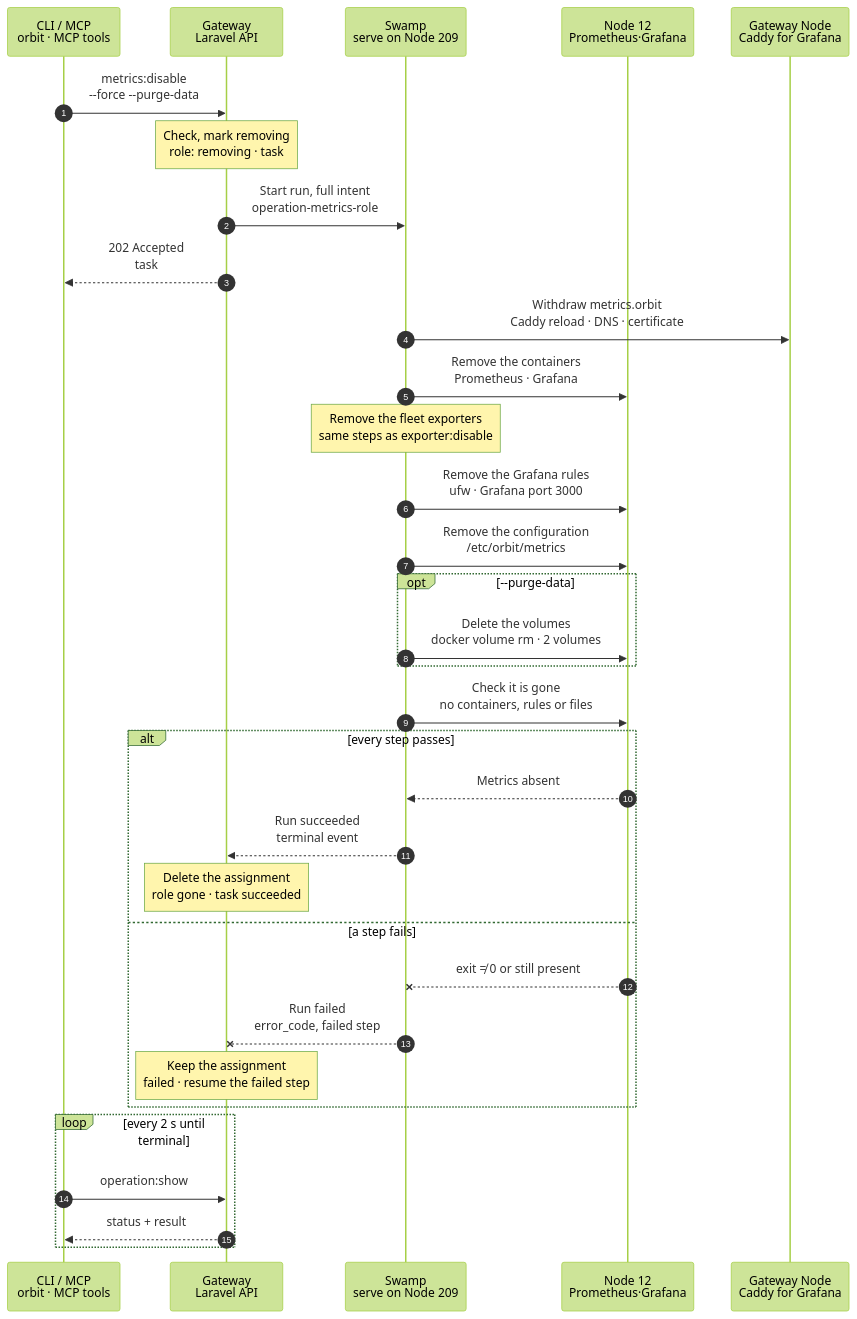
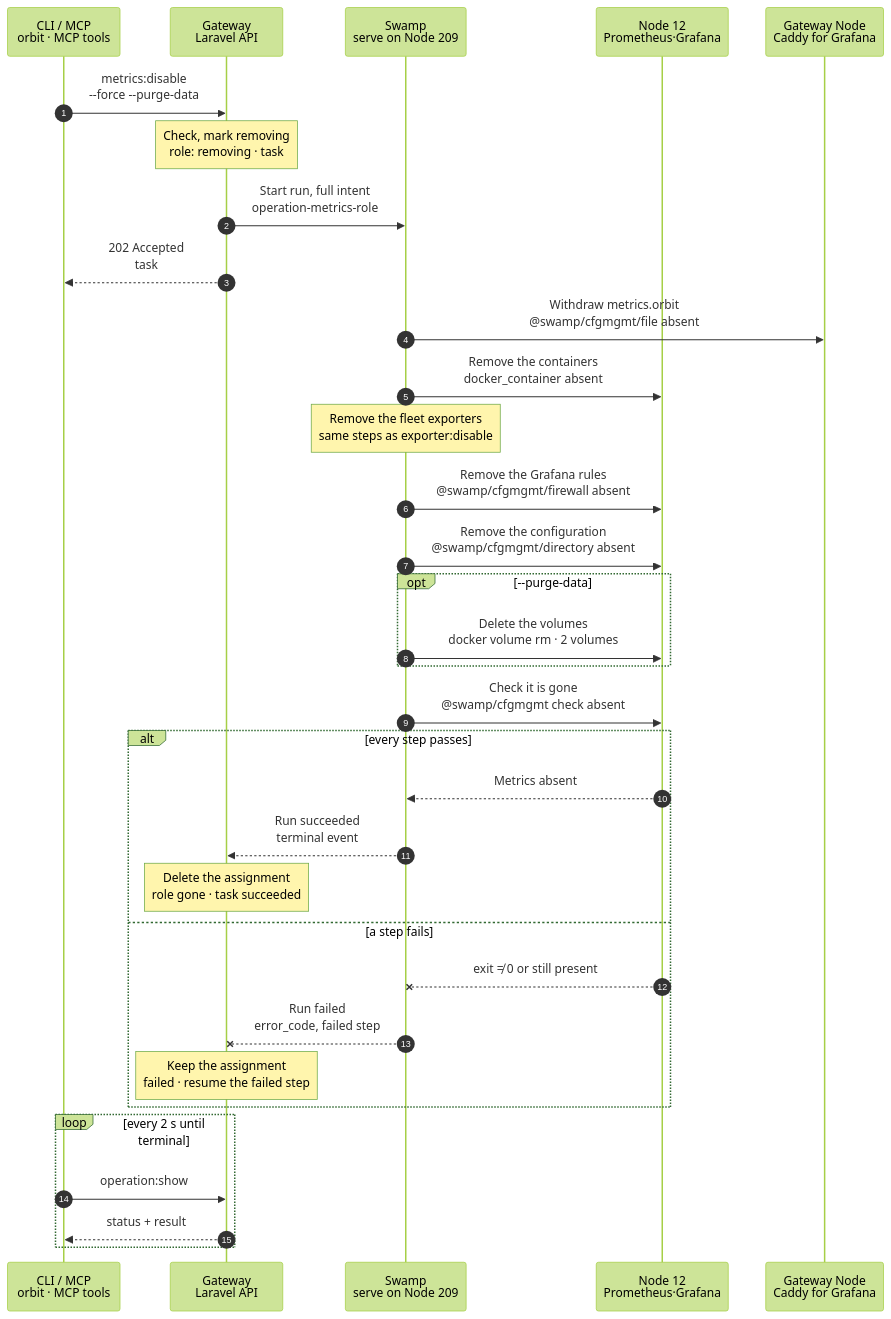
The diagram in docs/cli/metrics/disable.mmd (hardimpactdev/orbit), drawn with Mermaid (forest theme) before and after one commit. The commit also changed 6 other files, not shown here.

First line of the commit message:
docs(cli): tighten2 wave 7 charts (node.add, node.role_add, node.role_converge, node.role_remove, node.remove, metrics.enable, metrics.disable)

```diff
--- a/docs/cli/metrics/disable.mmd
+++ b/docs/cli/metrics/disable.mmd
@@ -1,123 +1,124 @@
 sequenceDiagram
   %% Target design: ADR 0244 task, DECISIONS R1-R4, metrics.exporter_disable decisions (order, full reverse), single-swamp-node. docs/reference/metrics.md#disable-and-purge.
+  %% Tightened: flow-tighten 2026-11-02, rules 17, 22 (cfgmgmt absent applies named; their checks are the end check).
   %% status: draft
   %% command: metrics:disable
   %% kind: metrics.disable
   autonumber
   %% lane CLI icon=terminal pill=caller tone=gray
   %% lane GW icon=gateway pill=intent tone=blue
   %% lane SW icon=workflow pill=executes tone=green
   %% lane N icon=server pill=target tone=amber
   %% lane G icon=server pill=target tone=purple
   participant CLI as CLI / MCP<br/>orbit · MCP tools
   participant GW as Gateway<br/>Laravel API
   participant SW as Swamp<br/>serve on Node 209
   participant N as Node 12<br/>Prometheus·Grafana
   participant G as Gateway Node<br/>Caddy for Grafana
   CLI->>GW: metrics:disable<br/>--force --purge-data
   %%> Command:
   %%> - `orbit metrics:disable --force`
   %%> - syntax: `[--force] [--purge-data] [--json]`
   %%> Input:
   %%> - no Node: the role has one holder, here Node 12
   %%> - `--purge-data` also deletes the Prometheus and Grafana volumes and the stored Grafana passwords
   %%> Confirmation:
   %%> - in a terminal, the CLI shows what goes and asks; the default is No
   %%> - `--force` is required without a terminal, with `--json`, and with `--purge-data` (`metrics.force_required`)
   Note over GW: Check, mark removing<br/>role: removing · task #5174
   %%> Requirements:
   %%> - exactly one active Gateway Node, and your Node has an access grant to it
   %%> - a `metrics` role exists on Node 12
   %%> - no other Metrics change runs; the Gateway holds one Metrics lock
   %%> Builds:
   %%> - the list of exporter Nodes, the Caddy site, the private DNS name and the firewall rules to remove
   %%> Result:
   %%> - the role marked removing, and task #5174 recorded with the full intent
   GW->>SW: Start run, full intent<br/>operation-metrics-role
   %%> What it does:
   %%> - starts one Swamp run on serve (Node 209)
   %%> Inputs:
   %%> - what to remove, and with `--purge-data` the two exact volume names
   %%> - Node 12's and the Gateway Node's addresses and SSH host keys; the SSH identity comes from the `swamp` role
   GW-->>CLI: 202 Accepted<br/>task #5174
   %%> What you get:
   %%> - the task number, at once
   %%> Next:
   %%> - the CLI follows the task with `operation:show`
-  SW->>G: Withdraw metrics.orbit<br/>Caddy reload · DNS · certificate
+  SW->>G: Withdraw metrics.orbit<br/>@swamp/cfgmgmt/file absent
   %%> What it does:
   %%> - removes the `metrics.orbit` site from the Gateway Node's Caddyfile, validates it, and reloads Caddy gracefully
   %%> - removes the `metrics.orbit` private DNS name through the shared DNS step on the `vpn` Node
   %%> - removes the site's certificate and key
   %%> Why first:
   %%> - nobody reaches Grafana while it goes away
-  SW->>N: Remove the containers<br/>Prometheus · Grafana
+  SW->>N: Remove the containers<br/>docker_container absent
   %%> What it does:
   %%> - stops and removes `orbit-metrics-prometheus` and `orbit-metrics-grafana`, and their unit files
   %%> - Prometheus stops collecting before any exporter goes
   %%> How:
   %%> - official `@swamp/cfgmgmt` behaviors (systemd, docker_container, file) over SSH from 209
   Note over SW: Remove the fleet exporters<br/>same steps as exporter:disable
   %%> What it does:
   %%> - for each exporter Node: stops and removes the exporters, the `prometheus-node-exporter` package and the firewall allows for Node 12
   %%> - the same steps that `metrics:exporter:disable` runs for one Node
   %%> Kept:
   %%> - each Node's exporter preference, so a later enable selects the same Nodes
-  SW->>N: Remove the Grafana rules<br/>ufw · Grafana port 3000
+  SW->>N: Remove the Grafana rules<br/>@swamp/cfgmgmt/firewall absent
   %%> What it does:
   %%> - removes the allow for the Gateway Node and the deny for other peers
   %%> How:
   %%> - official `@swamp/cfgmgmt/firewall` over SSH from 209
-  SW->>N: Remove the configuration<br/>/etc/orbit/metrics
+  SW->>N: Remove the configuration<br/>@swamp/cfgmgmt/directory absent
   %%> What it does:
   %%> - deletes the configuration directory and the Grafana password file
   %%> Kept:
   %%> - Docker and the installed packages
   opt --purge-data
     SW->>N: Delete the volumes<br/>docker volume rm · 2 volumes
     %%> What it does:
     %%> - deletes exactly the Prometheus and Grafana volumes, so all metrics history and dashboards go
     %%> Without --purge-data:
     %%> - both volumes stay, so a later enable continues with the old data
   end
-  SW->>N: Check it is gone<br/>no containers, rules or files
+  SW->>N: Check it is gone<br/>@swamp/cfgmgmt check absent
   %%> What it does:
-  %%> - checks both containers, the Grafana rules and the configuration are absent
+  %%> - the `check` of the docker_container, firewall and directory behaviors: both containers, the Grafana rules and the configuration are absent
   %%> Why:
   %%> - the role only counts as removed when Node 12 shows it
   alt every step passes
     N-->>SW: Metrics absent
     %%> Returns:
     %%> - the check passed
     SW-->>GW: Run succeeded<br/>terminal event
     %%> How the Gateway learns it:
     %%> - its shared run reader sees the terminal event; Swamp never calls the Gateway
     Note over GW: Delete the assignment<br/>role gone · task succeeded
     %%> Result:
     %%> - the `metrics` assignment is deleted, and the exporters are recorded as removed
     %%> - the stored Grafana password stays, unless `--purge-data`; then the active and pending passwords are deleted
     %%> - task #5174 succeeds
   else a step fails
     N--xSW: exit ≠ 0 or still present
     %%> When:
     %%> - a Caddy, container, exporter, firewall, removal or check step fails
     SW--xGW: Run failed<br/>error_code, failed step
     %%> The Gateway reads:
     %%> - which step failed and its error code
     Note over GW: Keep the assignment<br/>failed · resume the failed step
     %%> Result:
     %%> - the assignment and the Grafana passwords stay; the role is marked failed with the step's error code
     %%> - task #5174 fails
     %%> On the Node:
     %%> - parts removed before the failure stay removed; there is no rollback
     %%> Retry:
     %%> - Swamp resumes from the failed step, or run the same command again; removal steps skip what is already gone
   end
   loop every 2 s until terminal
     CLI->>GW: operation:show #5174
     %%> What it does:
     %%> - asks for the task's status every 2 seconds until it has ended
     GW-->>CLI: status + result
     %%> Returns:
     %%> - the current status, and the result once the task has ended
   end
```
